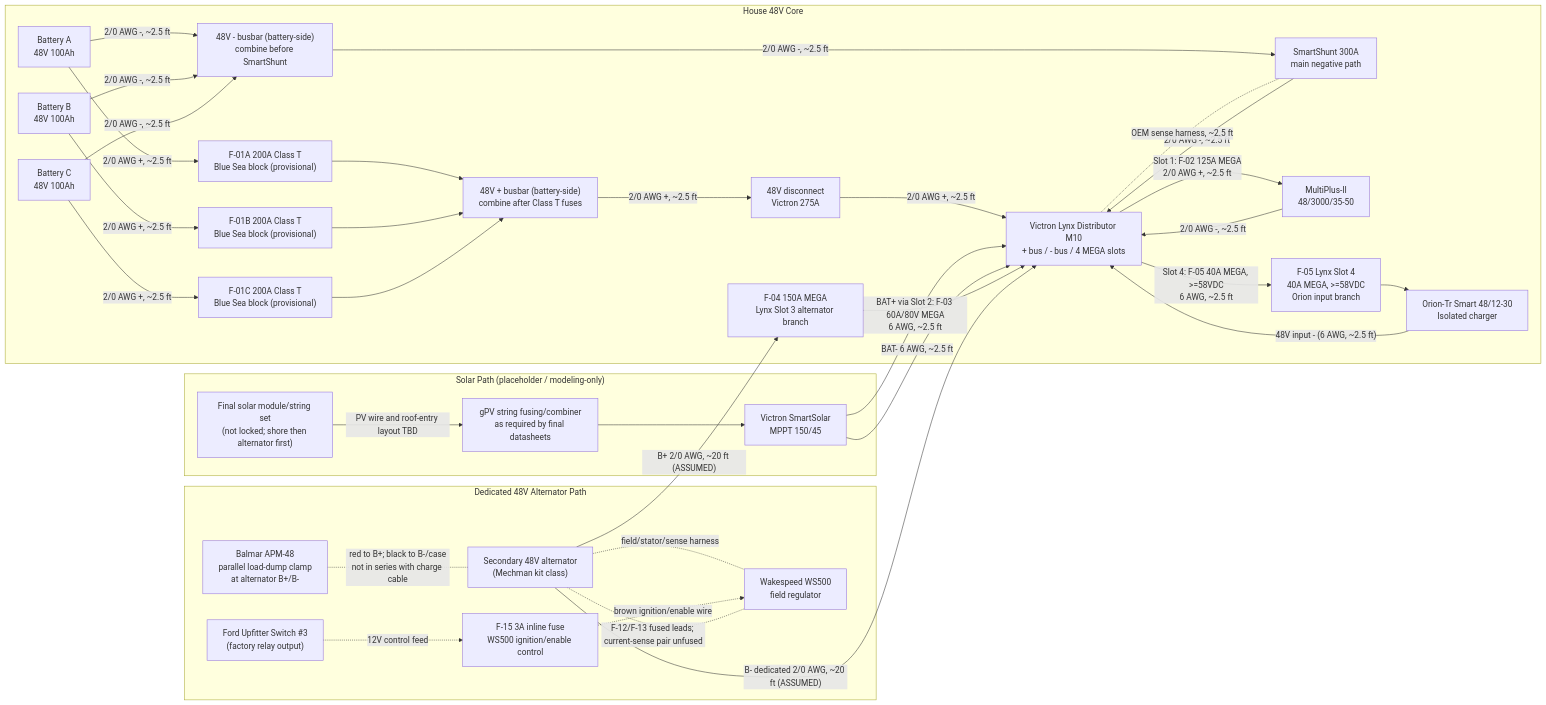
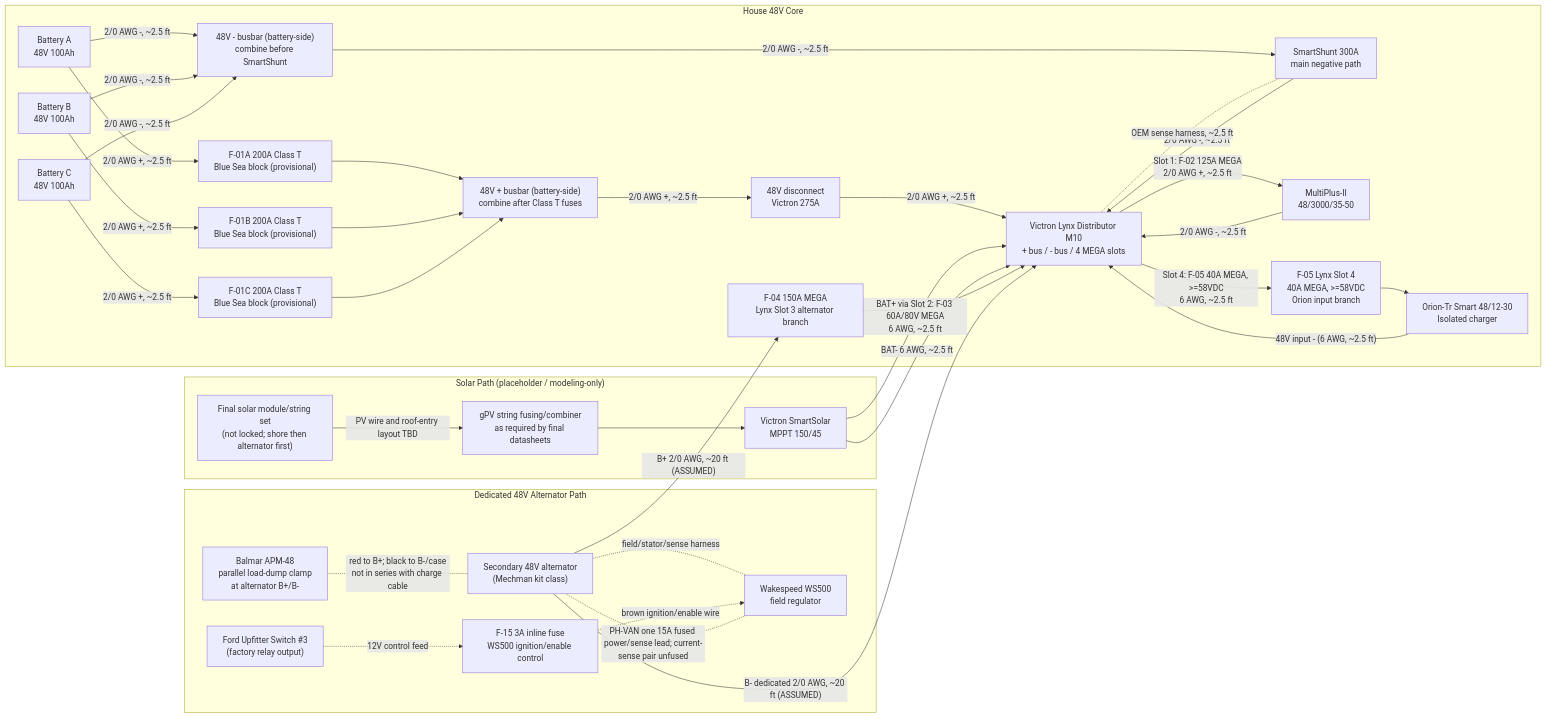
One commit to DataDaneDev/HiatusBuild changed the diagram in docs/pdf_exports/assets/ELECTRICAL_overview_diagram/diagram-01.mmd. Above: the diagram before and after it, drawn with Mermaid. The commit also changed 26 other files, not shown here.

```diff
--- a/docs/pdf_exports/assets/ELECTRICAL_overview_diagram/diagram-01.mmd
+++ b/docs/pdf_exports/assets/ELECTRICAL_overview_diagram/diagram-01.mmd
@@ -1,62 +1,62 @@
 flowchart LR
     subgraph VEH_ALT48["Dedicated 48V Alternator Path"]
         ALT48["Secondary 48V alternator\n(Mechman kit class)"]
         WS500["Wakespeed WS500\nfield regulator"]
         APM48["Balmar APM-48\nparallel load-dump clamp\nat alternator B+/B-"]
         UP3["Ford Upfitter Switch #3\n(factory relay output)"]
         F15["F-15 3A inline fuse\nWS500 ignition/enable control"]
         ALT48 -. "field/stator/sense harness" .- WS500
-        WS500 -. "F-12/F-13 fused leads; current-sense pair unfused" .- ALT48
+        WS500 -. "PH-VAN one 15A fused power/sense lead; current-sense pair unfused" .- ALT48
         UP3 -. "12V control feed" .-> F15 -. "brown ignition/enable wire" .-> WS500
     end
 
     subgraph PV_PATH["Solar Path (placeholder / modeling-only)"]
         PVFINAL["Final solar module/string set\n(not locked; shore then alternator first)"]
         F09X["gPV string fusing/combiner\nas required by final datasheets"]
         MPPT["Victron SmartSolar\nMPPT 150/45"]
         PVFINAL -- "PV wire and roof-entry layout TBD" --> F09X --> MPPT
     end
 
     subgraph HOUSE_48V["House 48V Core"]
         BATA["Battery A\n48V 100Ah"]
         BATB["Battery B\n48V 100Ah"]
         BATC["Battery C\n48V 100Ah"]
         F01A["F-01A 200A Class T\nBlue Sea block (provisional)"]
         F01B["F-01B 200A Class T\nBlue Sea block (provisional)"]
         F01C["F-01C 200A Class T\nBlue Sea block (provisional)"]
         POSBUS["48V + busbar (battery-side)\ncombine after Class T fuses"]
         NEGBUS["48V - busbar (battery-side)\ncombine before SmartShunt"]
         DISC["48V disconnect\nVictron 275A"]
         SHUNT["SmartShunt 300A\nmain negative path"]
         LYNX["Victron Lynx Distributor M10\n+ bus / - bus / 4 MEGA slots"]
         F04["F-04 150A MEGA\nLynx Slot 3 alternator branch"]
         MULTI["MultiPlus-II\n48/3000/35-50"]
         ORION["Orion-Tr Smart 48/12-30\nIsolated charger"]
         F05["F-05 Lynx Slot 4\n40A MEGA, >=58VDC\nOrion input branch"]
     end
 
     BATA -- "2/0 AWG +, ~2.5 ft" --> F01A --> POSBUS
     BATB -- "2/0 AWG +, ~2.5 ft" --> F01B --> POSBUS
     BATC -- "2/0 AWG +, ~2.5 ft" --> F01C --> POSBUS
     POSBUS -- "2/0 AWG +, ~2.5 ft" --> DISC
     DISC -- "2/0 AWG +, ~2.5 ft" --> LYNX
 
     BATA -- "2/0 AWG -, ~2.5 ft" --> NEGBUS
     BATB -- "2/0 AWG -, ~2.5 ft" --> NEGBUS
     BATC -- "2/0 AWG -, ~2.5 ft" --> NEGBUS
     NEGBUS -- "2/0 AWG -, ~2.5 ft" --> SHUNT
     SHUNT -- "2/0 AWG -, ~2.5 ft" --> LYNX
     LYNX -. "OEM sense harness, ~2.5 ft" .- SHUNT
 
     LYNX -- "Slot 1: F-02 125A MEGA\n2/0 AWG +, ~2.5 ft" --> MULTI
     MULTI -- "2/0 AWG -, ~2.5 ft" --> LYNX
 
     MPPT -- "BAT+ via Slot 2: F-03 60A/80V MEGA\n6 AWG, ~2.5 ft" --> LYNX
     MPPT -- "BAT- 6 AWG, ~2.5 ft" --> LYNX
 
     ALT48 -- "B+ 2/0 AWG, ~20 ft (ASSUMED)" --> F04 --> LYNX
     APM48 -. "red to B+; black to B-/case\nnot in series with charge cable" .- ALT48
     ALT48 -- "B- dedicated 2/0 AWG, ~20 ft (ASSUMED)" --> LYNX
 
     LYNX -- "Slot 4: F-05 40A MEGA, >=58VDC\n6 AWG, ~2.5 ft" --> F05 --> ORION
     ORION -- "48V input - (6 AWG, ~2.5 ft)" --> LYNX
```
